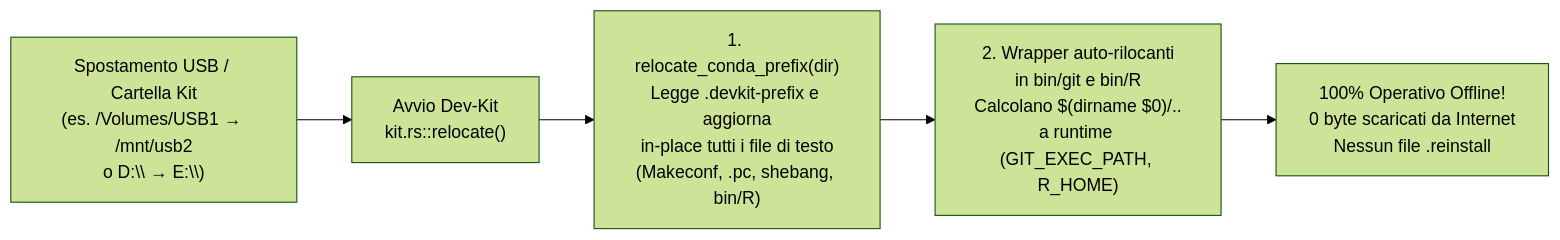
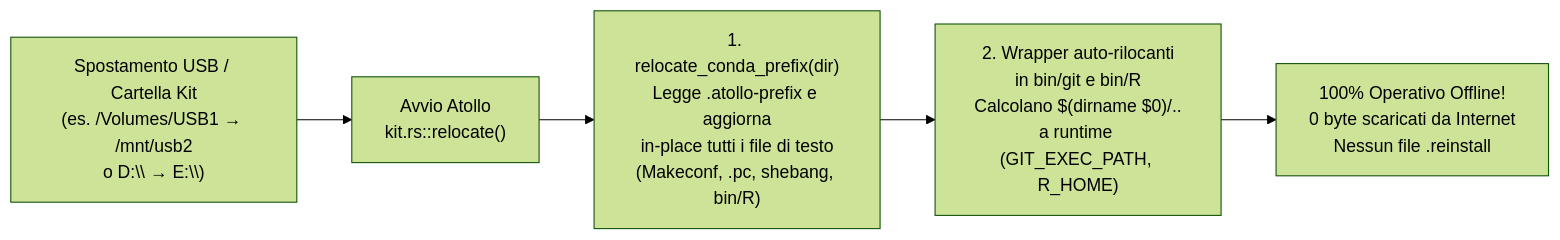
Before and after one commit to nabre/atollo: the diagram in docs/reports/v3/04-PORTABILITA-100-E-MULTIPIATTAFORMA.md, drawn with Mermaid (forest theme). The commit also changed other lines of this file and 49 other files, not shown here.

````diff
--- a/docs/reports/v3/04-PORTABILITA-100-E-MULTIPIATTAFORMA.md
+++ b/docs/reports/v3/04-PORTABILITA-100-E-MULTIPIATTAFORMA.md
@@ -41,7 +41,7 @@
 ```mermaid
 flowchart LR
-    Move["Spostamento USB / Cartella Kit\n(es. /Volumes/USB1 → /mnt/usb2\no D:\\ → E:\\)"] --> Startup["Avvio Dev-Kit\nkit.rs::relocate()"]
-    Startup --> RelocText["1. relocate_conda_prefix(dir)\nLegge .devkit-prefix e aggiorna\nin-place tutti i file di testo\n(Makeconf, .pc, shebang, bin/R)"]
+    Move["Spostamento USB / Cartella Kit\n(es. /Volumes/USB1 → /mnt/usb2\no D:\\ → E:\\)"] --> Startup["Avvio Atollo\nkit.rs::relocate()"]
+    Startup --> RelocText["1. relocate_conda_prefix(dir)\nLegge .atollo-prefix e aggiorna\nin-place tutti i file di testo\n(Makeconf, .pc, shebang, bin/R)"]
     RelocText --> Shims["2. Wrapper auto-rilocanti\nin bin/git e bin/R\nCalcolano $(dirname $0)/..\na runtime (GIT_EXEC_PATH, R_HOME)"]
     Shims --> Ready["100% Operativo Offline!\n0 byte scaricati da Internet\nNessun file .reinstall"]
 ```
````
